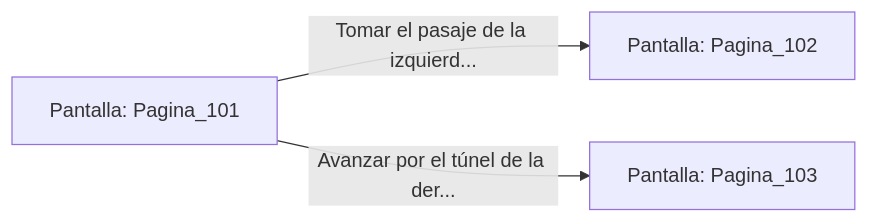
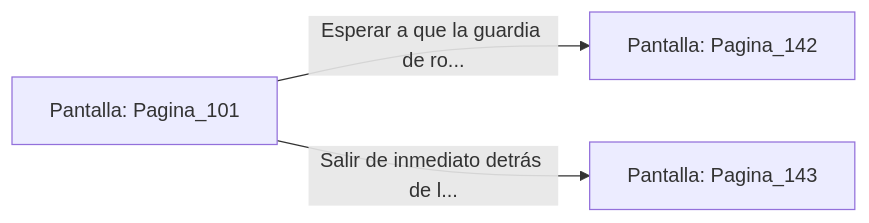
One commit to metsuke/mpl changed the diagram in sample/eligejuego-vault/Pantalla_Pagina_101.md. Above: the diagram before and after it, drawn with Mermaid. The commit also changed other lines of this file and 635 other files, not shown here.

First line of the commit message:
fix: añadir Pagina_1 como pantalla inicial en capitulo_01.mpl

````diff
--- a/sample/eligejuego-vault/Pantalla_Pagina_101.md
+++ b/sample/eligejuego-vault/Pantalla_Pagina_101.md
@@ -20,6 +24,6 @@
 ```mermaid
 graph LR
     P_Pagina_101["Pantalla: Pagina_101"]
-    P_Pagina_101 -->|"Tomar el pasaje de la izquierd..."| P_Pagina_102["Pantalla: Pagina_102"]
-    P_Pagina_101 -->|"Avanzar por el túnel de la der..."| P_Pagina_103["Pantalla: Pagina_103"]
+    P_Pagina_101 -->|"Esperar a que la guardia de ro..."| P_Pagina_142["Pantalla: Pagina_142"]
+    P_Pagina_101 -->|"Salir de inmediato detrás de l..."| P_Pagina_143["Pantalla: Pagina_143"]
 ```
````
